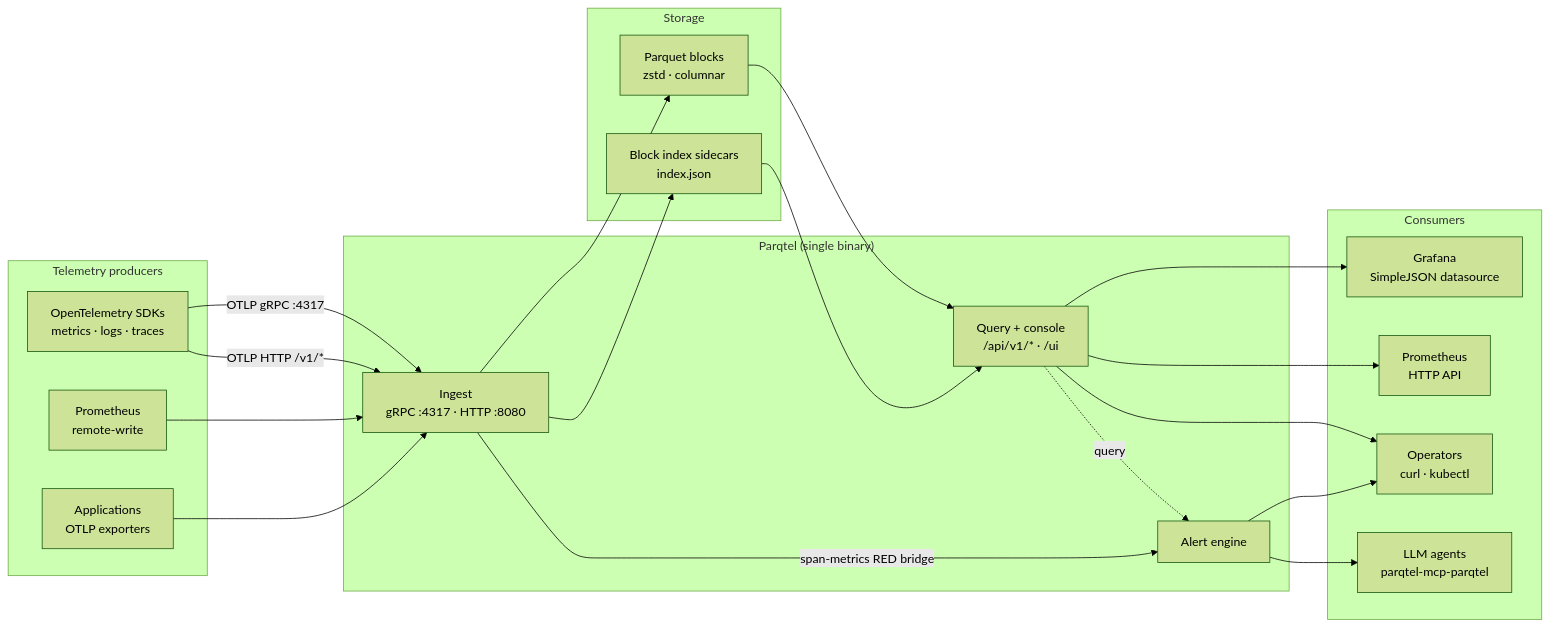
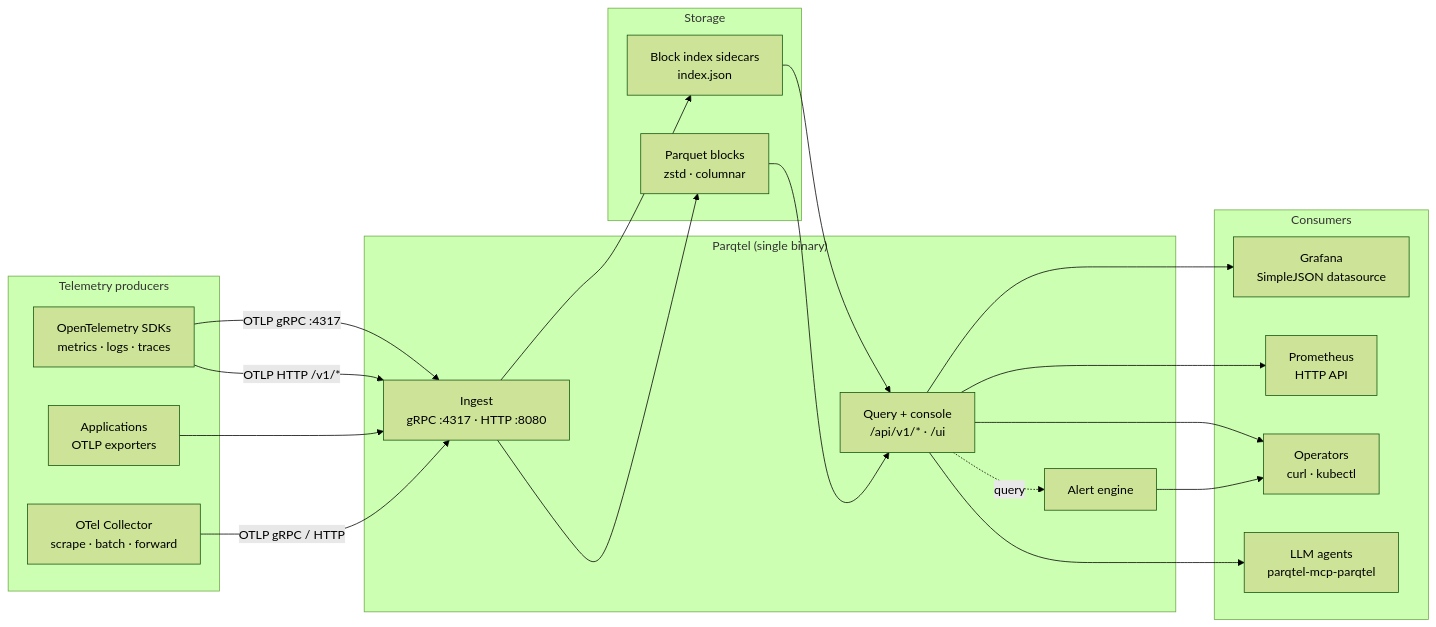
One commit to parqtel/parqtel-oss changed the diagram in docs/assets/diagrams/src/system-context.mmd. Above: the diagram before and after it, drawn with Mermaid (forest theme). The commit also changed 7 other files, not shown here.

First line of the commit message:
docs: fix onboarding gaps, broken commands, and system-context diagram

```diff
--- a/docs/assets/diagrams/src/system-context.mmd
+++ b/docs/assets/diagrams/src/system-context.mmd
@@ -1,42 +1,41 @@
 flowchart LR
     subgraph producers["Telemetry producers"]
         SDK["OpenTelemetry SDKs<br/>metrics · logs · traces"]
-        PROM["Prometheus<br/>remote-write"]
+        COL["OTel Collector<br/>scrape · batch · forward"]
         APP["Applications<br/>OTLP exporters"]
     end
 
     subgraph parqtel["Parqtel (single binary)"]
         ING["Ingest<br/>gRPC :4317 · HTTP :8080"]
         SRV["Query + console<br/>/api/v1/* · /ui"]
         ALERT["Alert engine"]
     end
 
     subgraph storage["Storage"]
         BLOCKS["Parquet blocks<br/>zstd · columnar"]
         IDX["Block index sidecars<br/>index.json"]
     end
 
     subgraph consumers["Consumers"]
         GRAF["Grafana<br/>SimpleJSON datasource"]
         PROMAPI["Prometheus<br/>HTTP API"]
         OPS["Operators<br/>curl · kubectl"]
         LLM["LLM agents<br/>parqtel-mcp-parqtel"]
     end
 
     SDK -->|"OTLP gRPC :4317"| ING
     SDK -->|"OTLP HTTP /v1/*"| ING
     APP --> ING
-    PROM --> ING
+    COL -->|"OTLP gRPC / HTTP"| ING
 
     ING --> BLOCKS
     ING --> IDX
     IDX --> SRV
     BLOCKS --> SRV
 
     SRV --> GRAF
     SRV --> PROMAPI
     SRV --> OPS
+    SRV --> LLM
     ALERT --> OPS
-    ALERT --> LLM
-    ING -->|"span-metrics RED bridge"| ALERT
     SRV -.->|"query"| ALERT
```
